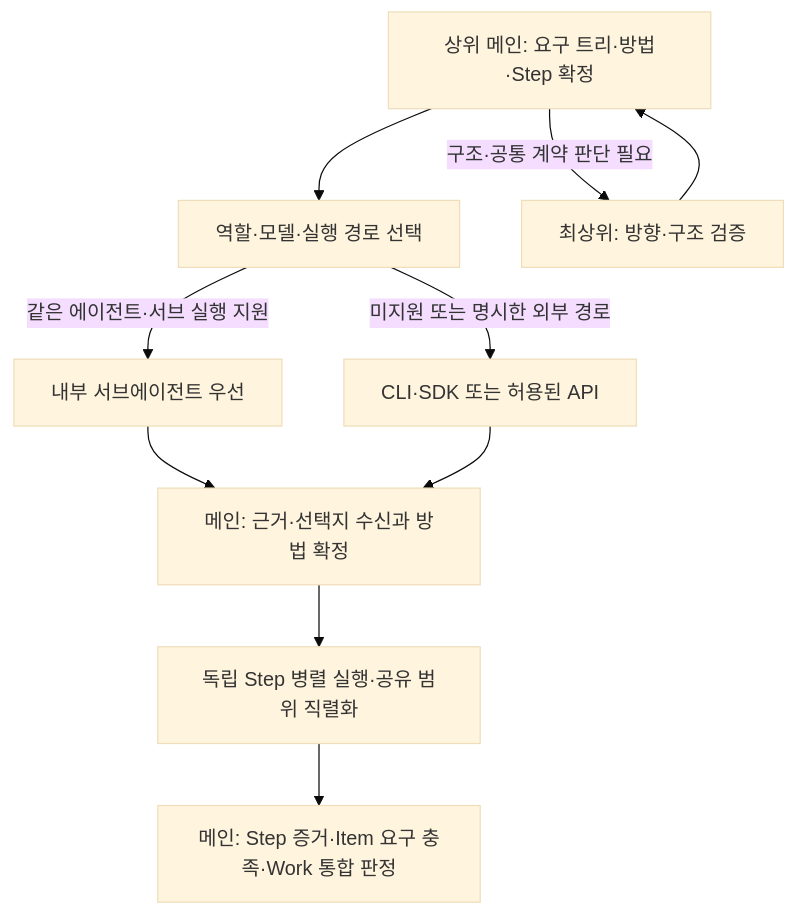
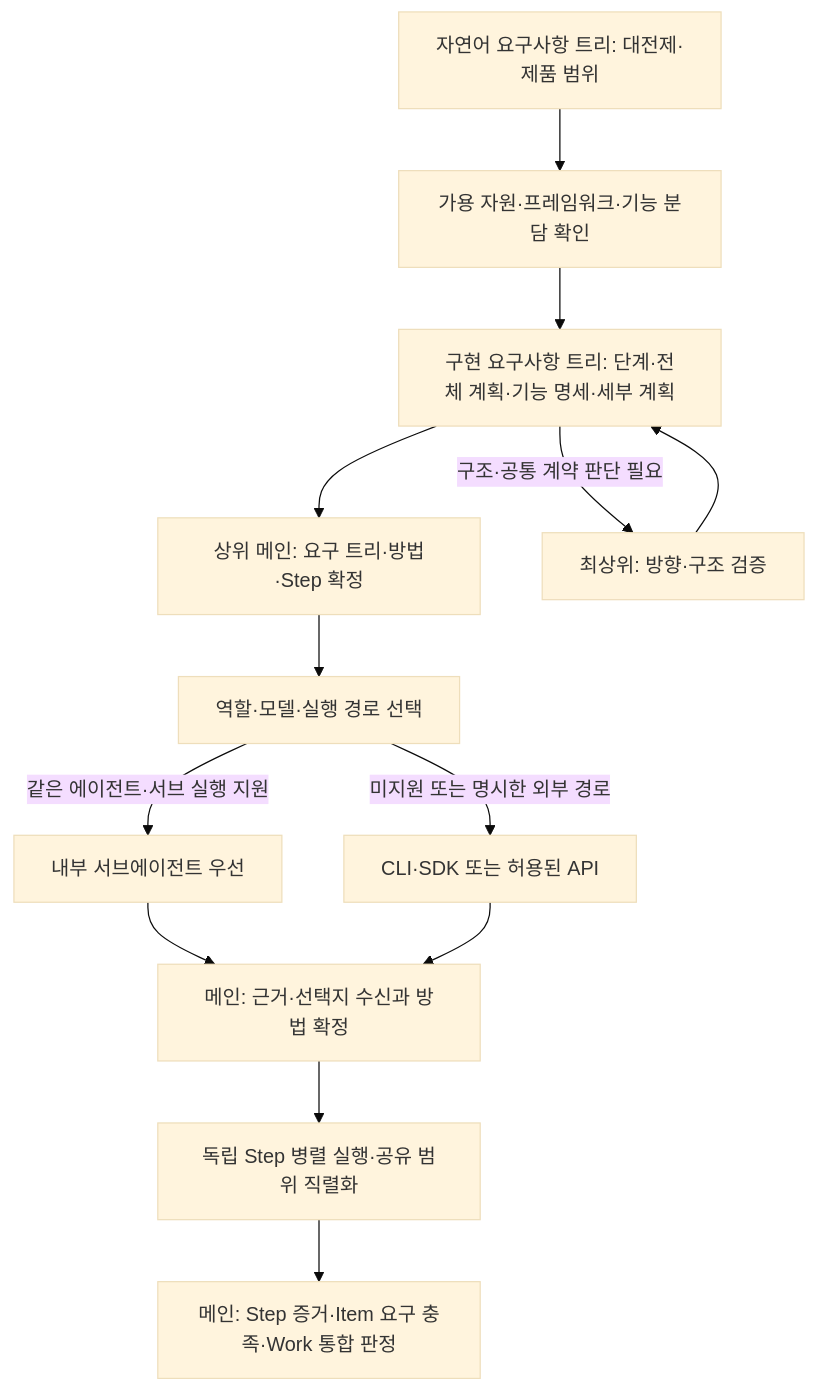
Before and after one commit to wnwjdals7498/j-ai-plugin: the diagram in proj-mgmt-tool/docs/02-model-routing.md, drawn with Mermaid (base theme). The commit also changed other lines of this file and 1 other file, not shown here.

````diff
--- a/proj-mgmt-tool/docs/02-model-routing.md
+++ b/proj-mgmt-tool/docs/02-model-routing.md
@@ -9,12 +9,15 @@
 ```mermaid
 flowchart TD
+    Needs[자연어 요구사항 트리: 대전제·제품 범위] --> Resources[가용 자원·프레임워크·기능 분담 확인]
+    Resources --> Impl[구현 요구사항 트리: 단계·전체 계획·기능 명세·세부 계획]
+    Impl --> Main
     Main[상위 메인: 요구 트리·방법·Step 확정] --> Route[역할·모델·실행 경로 선택]
-    Main -->|구조·공통 계약 판단 필요| Top[최상위: 방향·구조 검증]
-    Top --> Main
+    Impl -->|구조·공통 계약 판단 필요| Top[최상위: 방향·구조 검증]
+    Top --> Impl
     Route -->|같은 에이전트·서브 실행 지원| Sub[내부 서브에이전트 우선]
     Route -->|미지원 또는 명시한 외부 경로| External[CLI·SDK 또는 허용된 API]
     Sub --> Choice[메인: 근거·선택지 수신과 방법 확정]
     External --> Choice
     Choice --> Parallel[독립 Step 병렬 실행·공유 범위 직렬화]
     Parallel --> Finish[메인: Step 증거·Item 요구 충족·Work 통합 판정]
 ```
````
